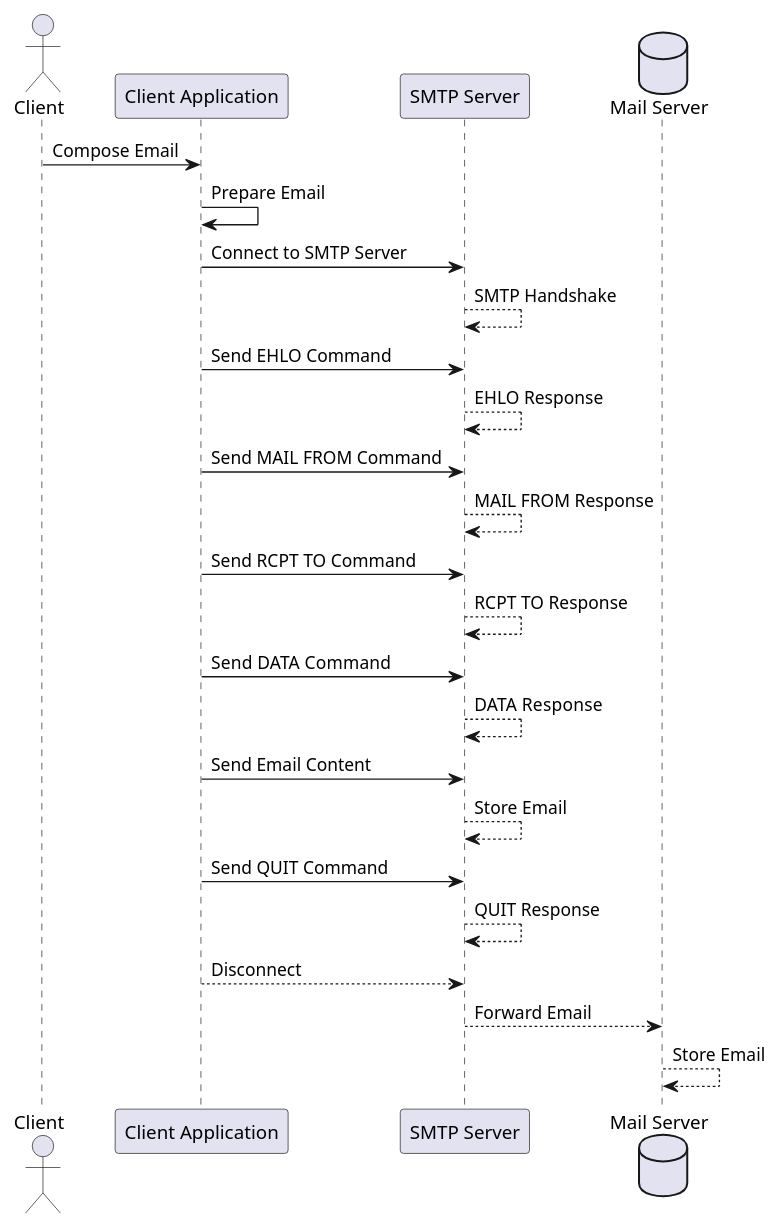
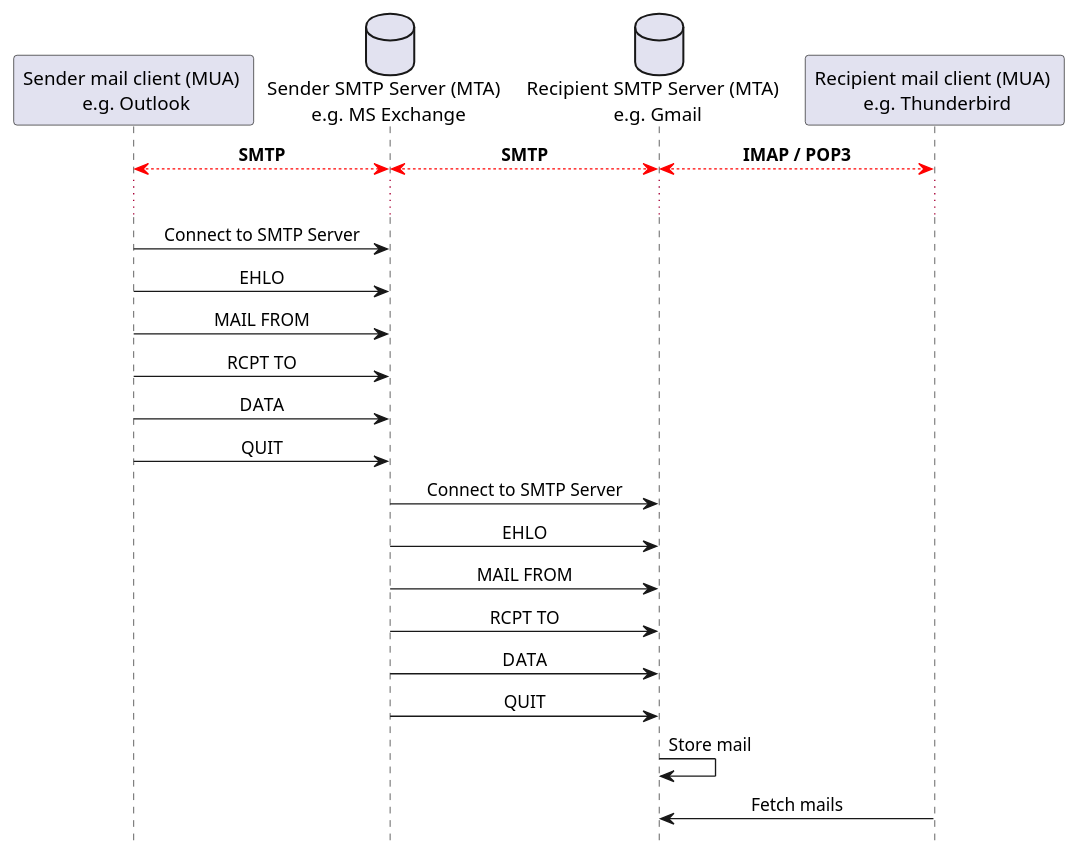
The diagram in 11-smtp-and-telnet/images/a-focus-on-the-smtp-protocol.plantuml (heig-vd-dai-course/heig-vd-dai-course), drawn with PlantUML before and after one commit. The commit also changed 1 other file, not shown here.

Commit message:
improve smtp schema

```diff
--- a/11-smtp-and-telnet/images/a-focus-on-the-smtp-protocol.plantuml
+++ b/11-smtp-and-telnet/images/a-focus-on-the-smtp-protocol.plantuml
@@ -1,25 +1,35 @@
 @startuml
-actor Client
-participant "Client Application" as ClientApp
-participant "SMTP Server" as SMTPServer
-database "Mail Server" as MailServer
-Client -> ClientApp: Compose Email
-ClientApp -> ClientApp: Prepare Email
+skinparam sequenceMessageAlign center
+!pragma teoz true
+hide footbox
+
+participant "Sender mail client (MUA) \n e.g. Outlook" as ClientApp
+Database "Sender SMTP Server (MTA) \n e.g. MS Exchange" as SMTPServer
+Database "Recipient SMTP Server (MTA) \n e.g. Gmail" as SMTPServer2
+participant "Recipient mail client (MUA) \n e.g. Thunderbird" as ClientApp2
+
+ClientApp <-[#red]-> SMTPServer: **SMTP**
+& SMTPServer <-[#red]-> SMTPServer2: **SMTP**
+& SMTPServer2 <-[#red]-> ClientApp2: **IMAP / POP3**
+
+...
+
 ClientApp -> SMTPServer: Connect to SMTP Server
-SMTPServer --> SMTPServer: SMTP Handshake
-ClientApp -> SMTPServer: Send EHLO Command
-SMTPServer --> SMTPServer: EHLO Response
-ClientApp -> SMTPServer: Send MAIL FROM Command
-SMTPServer --> SMTPServer: MAIL FROM Response
-ClientApp -> SMTPServer: Send RCPT TO Command
-SMTPServer --> SMTPServer: RCPT TO Response
-ClientApp -> SMTPServer: Send DATA Command
-SMTPServer --> SMTPServer: DATA Response
-ClientApp -> SMTPServer: Send Email Content
-SMTPServer --> SMTPServer: Store Email
-ClientApp -> SMTPServer: Send QUIT Command
-SMTPServer --> SMTPServer: QUIT Response
-ClientApp --> SMTPServer: Disconnect
-SMTPServer --> MailServer: Forward Email
-MailServer --> MailServer: Store Email
+ClientApp -> SMTPServer: EHLO
+ClientApp -> SMTPServer: MAIL FROM
+ClientApp -> SMTPServer: RCPT TO
+ClientApp -> SMTPServer: DATA
+ClientApp -> SMTPServer: QUIT
+
+SMTPServer -> SMTPServer2: Connect to SMTP Server
+SMTPServer -> SMTPServer2: EHLO
+SMTPServer -> SMTPServer2: MAIL FROM
+SMTPServer -> SMTPServer2: RCPT TO
+SMTPServer -> SMTPServer2: DATA
+SMTPServer -> SMTPServer2: QUIT
+
+SMTPServer2 -> SMTPServer2: Store mail
+
+ClientApp2 -> SMTPServer2: Fetch mails
+
 @enduml
```
